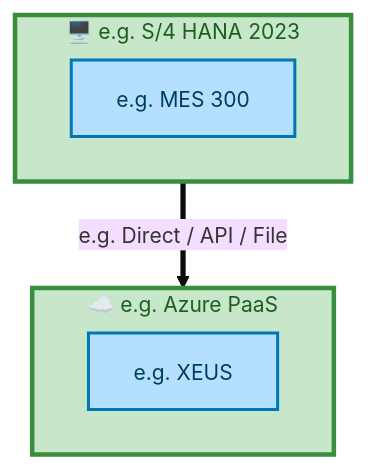
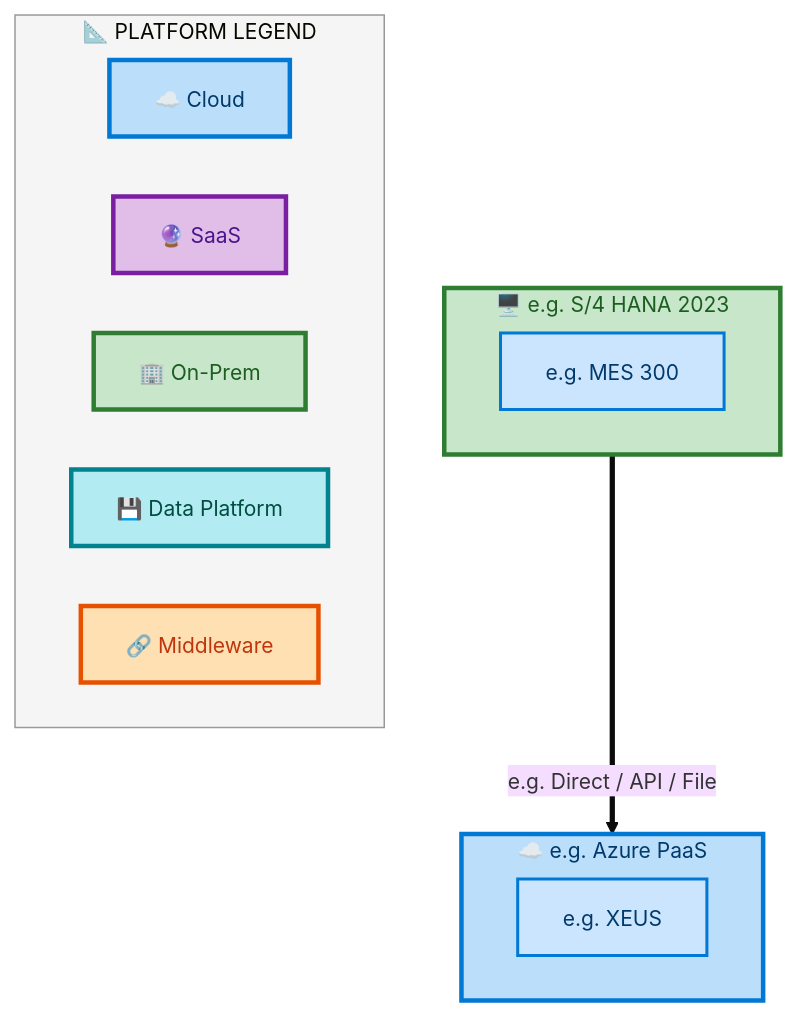
The seventh of 7 diagrams in towers/E2E/Procure to Pay/E2E-41/output/docs/systems-architecture/E2E-41-Architecture.md (sajivfrancis777/IAO-Architecture), drawn with Mermaid before and after one commit. The commit also changed other lines of this file and 394 other files, not shown here.

First line of the commit message:
feat: structured layer ordering for Mermaid architecture diagrams

````diff
--- a/towers/E2E/Procure to Pay/E2E-41/output/docs/systems-architecture/E2E-41-Architecture.md
+++ b/towers/E2E/Procure to Pay/E2E-41/output/docs/systems-architecture/E2E-41-Architecture.md
@@ -675,22 +708,36 @@
 ```mermaid
 %%{init: {"theme": "base", "securityLevel": "loose", "themeVariables": {"fontSize": "14px", "fontFamily": "Segoe UI, Arial"}, "flowchart": {"useMaxWidth": false, "htmlLabels": true, "nodeSpacing": 40, "rankSpacing": 50}} }%%
 flowchart TB
-    classDef appBox fill:#B5DFFF,stroke:#0077B6,stroke-width:2px,color:#003D5B
-    classDef platBox fill:#C8E6C9,stroke:#388E3C,stroke-width:3px,color:#1B5E20
-    classDef eolBox fill:#FFB5B5,stroke:#CC0000,stroke-width:2px,color:#660000
+    classDef appBox fill:#CCE5FF,stroke:#0078D4,stroke-width:2px,color:#003A6C
+    classDef platBox fill:#C8E6C9,stroke:#2E7D32,stroke-width:3px,color:#1B5E20
+    classDef eolBox fill:#FFCDD2,stroke:#C62828,stroke-width:2px,color:#B71C1C
 
     subgraph E2E41FPLP_e_g_Azure_PaaS["☁️ e.g. Azure PaaS"]
         direction LR
         E2E41FPLA_e_g_XEUS["e.g. XEUS"]:::appBox
     end
-    style E2E41FPLP_e_g_Azure_PaaS fill:#C8E6C9,stroke:#388E3C,stroke-width:3px,color:#1B5E20
+    style E2E41FPLP_e_g_Azure_PaaS fill:#BBDEFB,stroke:#0078D4,stroke-width:3px,color:#003A6C
 
     subgraph E2E41FPLP_e_g_S_4_HANA_2023["🖥️ e.g. S/4 HANA 2023"]
         direction LR
         E2E41FPLA_e_g_MES_300["e.g. MES 300"]:::appBox
     end
-    style E2E41FPLP_e_g_S_4_HANA_2023 fill:#C8E6C9,stroke:#388E3C,stroke-width:3px,color:#1B5E20
+    style E2E41FPLP_e_g_S_4_HANA_2023 fill:#C8E6C9,stroke:#2E7D32,stroke-width:3px,color:#1B5E20
 
     E2E41FPLP_e_g_S_4_HANA_2023 ==>|"e.g. Direct / API / File"| E2E41FPLP_e_g_Azure_PaaS
 
+    subgraph E2E41FPLLegend["📐 PLATFORM LEGEND"]
+        direction LR
+        E2E41FPLLC["☁️ Cloud"]
+        E2E41FPLLS["🔮 SaaS"]
+        E2E41FPLLO["🏢 On-Prem"]
+        E2E41FPLLD["💾 Data Platform"]
+        E2E41FPLLM["🔗 Middleware"]
+    end
+    style E2E41FPLLegend fill:#F5F5F5,stroke:#999,stroke-width:1px
+    style E2E41FPLLC fill:#BBDEFB,stroke:#0078D4,stroke-width:3px,color:#003A6C
+    style E2E41FPLLS fill:#E1BEE7,stroke:#7B1FA2,stroke-width:3px,color:#4A148C
+    style E2E41FPLLO fill:#C8E6C9,stroke:#2E7D32,stroke-width:3px,color:#1B5E20
+    style E2E41FPLLD fill:#B2EBF2,stroke:#00838F,stroke-width:3px,color:#004D40
+    style E2E41FPLLM fill:#FFE0B2,stroke:#E65100,stroke-width:3px,color:#BF360C
 ```
````
